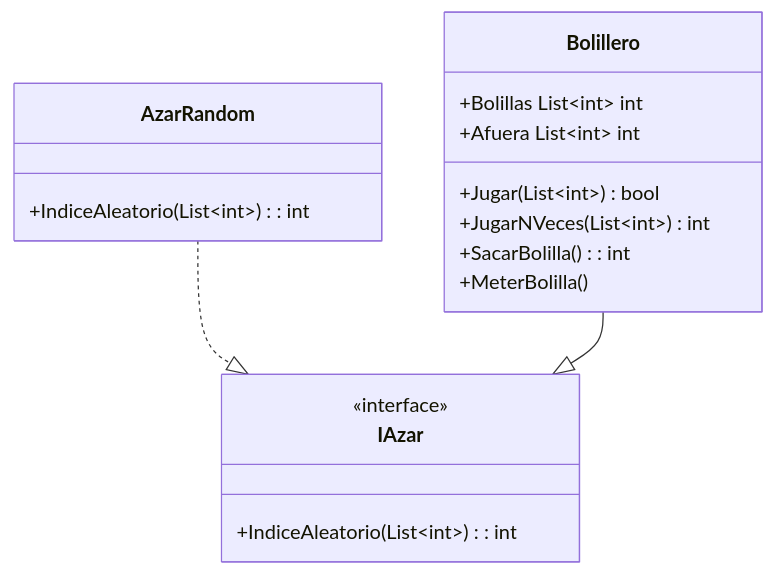
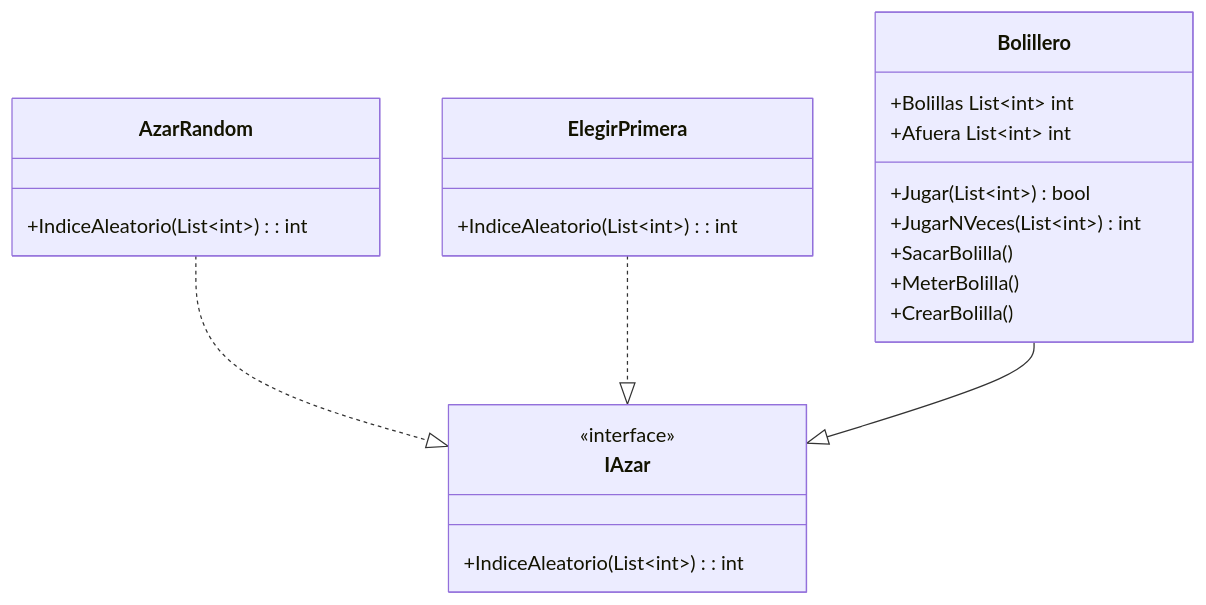
Before and after one commit to abrilchauq/Bolillero: the diagram in docs/README.md, drawn with Mermaid.

````diff
--- a/docs/README.md
+++ b/docs/README.md
@@ -3,25 +3,31 @@
 ```mermaid
 classDiagram
     class Bolillero{
         +Bolillas List~int~ int
         +Afuera List~int~ int 
         +Jugar (List~int~) bool 
         +JugarNVeces (List~int~) int
-        +SacarBolilla(): int
+        +SacarBolilla()
         +MeterBolilla()
+        +CrearBolilla()
     }
 
     class IAzar{
         <<interface>>
         +IndiceAleatorio(List~int~): int 
     }
 
     class AzarRandom{
         +IndiceAleatorio(List~int~): int 
     }
 
+    class ElegirPrimera{
+        +IndiceAleatorio(List~int~): int
+    }
+
 
 AzarRandom ..|> IAzar
+ElegirPrimera ..|> IAzar
 Bolillero --|> IAzar
 
 ```
````
